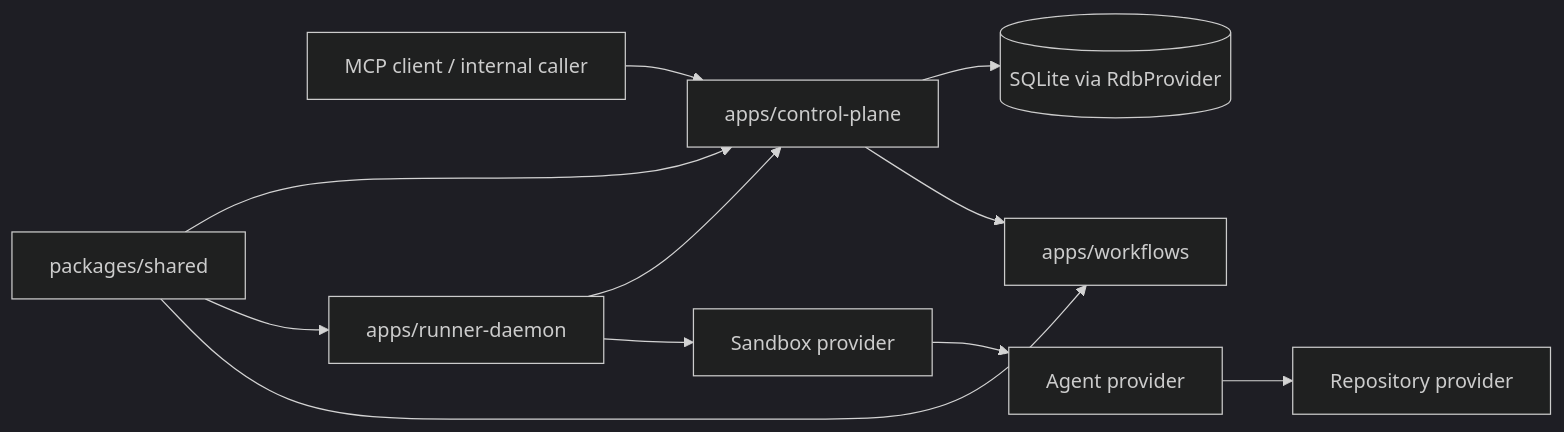
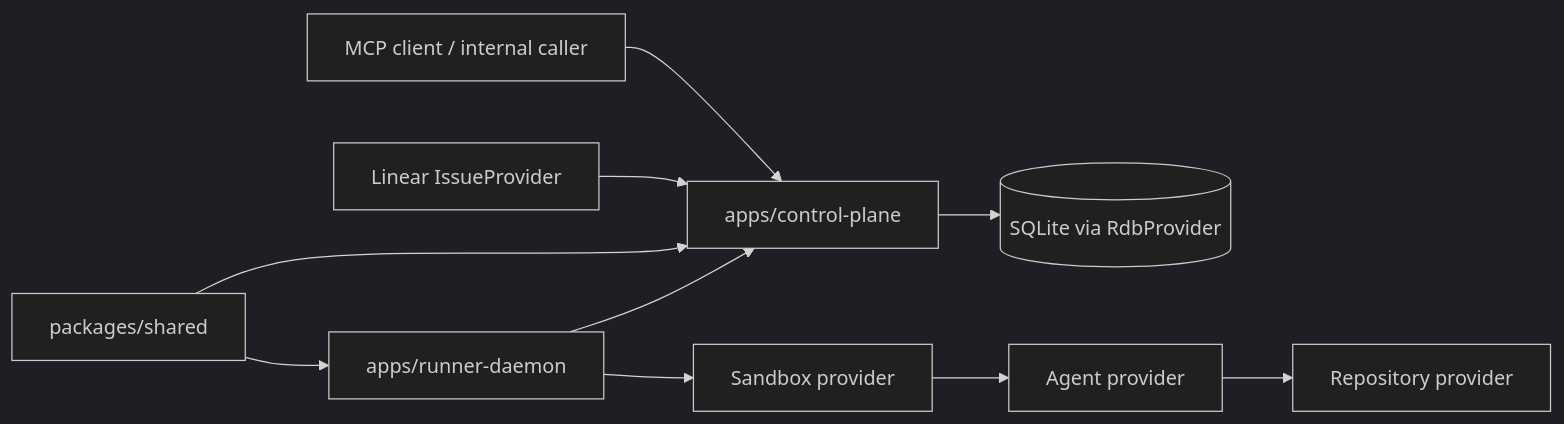
Before and after one commit to Arcadia822/mystra: the diagram in docs/repoindex/overview.md, drawn with Mermaid (dark theme). The commit also changed other lines of this file and 112 other files, not shown here.

````diff
--- a/docs/repoindex/overview.md
+++ b/docs/repoindex/overview.md
@@ -97,13 +97,12 @@
 ```mermaid
 flowchart LR
     Caller[MCP client / internal caller] --> CP[apps/control-plane]
+    Linear[Linear IssueProvider] --> CP
     CP --> DB[(SQLite via RdbProvider)]
-    CP --> WF[apps/workflows]
     Runner[apps/runner-daemon] --> CP
     Runner --> Sandbox[Sandbox provider]
     Sandbox --> Agent[Agent provider]
     Agent --> Repo[Repository provider]
     Shared[packages/shared] --> CP
     Shared --> Runner
-    Shared --> WF
 ```
````
